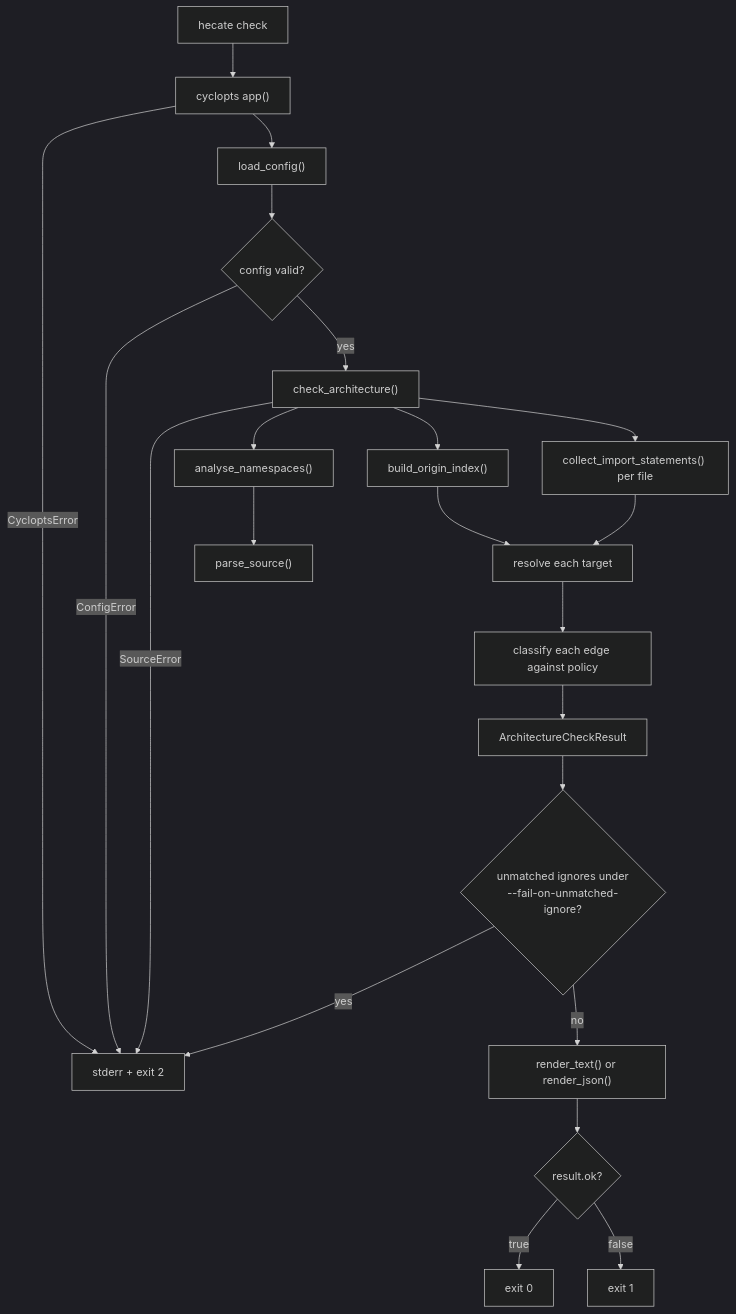
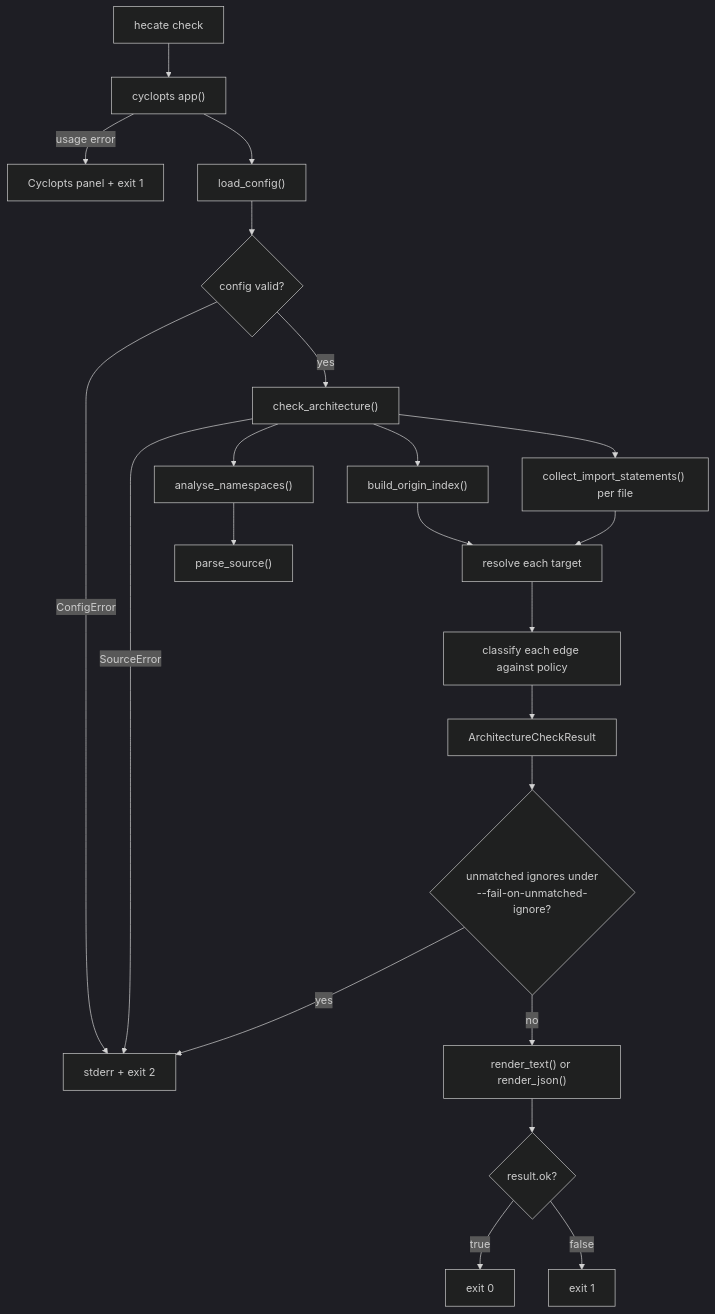
One commit to leynos/hecate changed the diagram in docs/developers-guide.md. Above: the diagram before and after it, drawn with Mermaid (dark theme). The commit also changed other lines of this file, not shown here.

First line of the commit message:
Correct the usage-error exit code to 1

````diff
--- a/docs/developers-guide.md
+++ b/docs/developers-guide.md
@@ -70,24 +71,24 @@
 ```mermaid
 flowchart TD
     A["hecate check"] --> B["cyclopts app()"]
-    B -->|"CycloptsError"| Z2["stderr + exit 2"]
+    B -->|"usage error"| ZU["Cyclopts panel + exit 1"]
     B --> C["load_config()"]
     C --> D{"config valid?"}
-    D -->|"ConfigError"| Z2
+    D -->|"ConfigError"| Z2["stderr + exit 2"]
     D -->|"yes"| E["check_architecture()"]
     E -->|"SourceError"| Z2
     E --> F["analyse_namespaces()"]
     F --> G["parse_source()"]
     E --> H["build_origin_index()"]
     E --> I["collect_import_statements() per file"]
     I --> J["resolve each target"]
     H --> J
     J --> K["classify each edge against policy"]
     K --> L["ArchitectureCheckResult"]
     L --> P{"unmatched ignores under\n--fail-on-unmatched-ignore?"}
     P -->|"yes"| Z2
     P -->|"no"| M["render_text() or render_json()"]
     M --> N{"result.ok?"}
     N -->|"true"| Z0["exit 0"]
     N -->|"false"| Z1["exit 1"]
 ```
````
